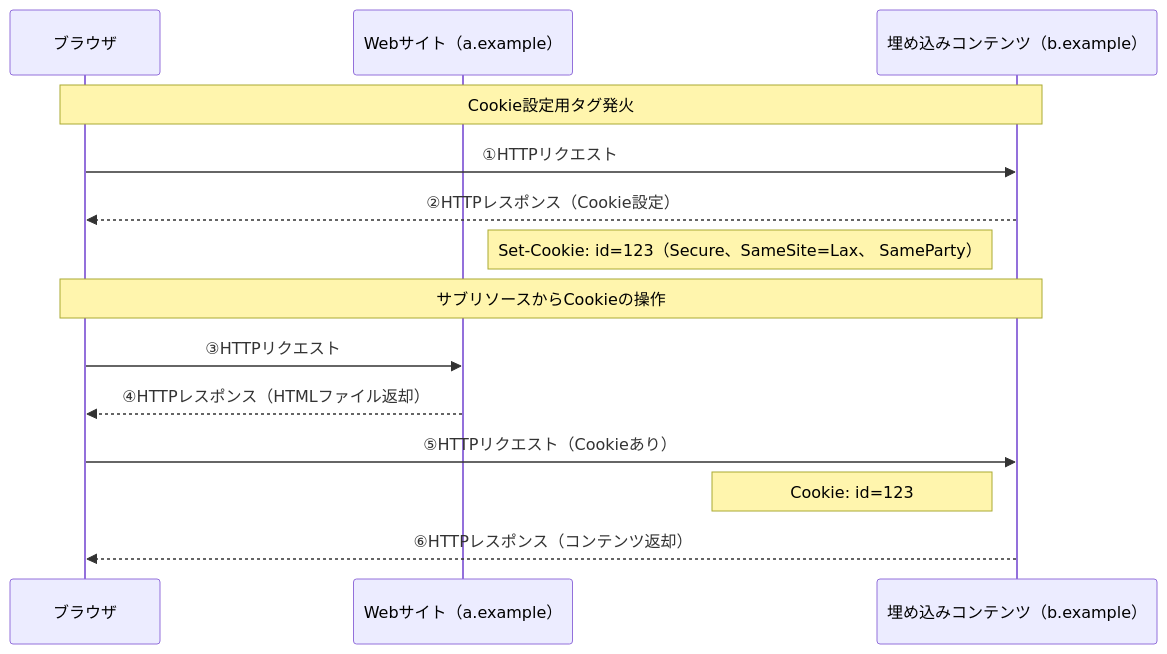
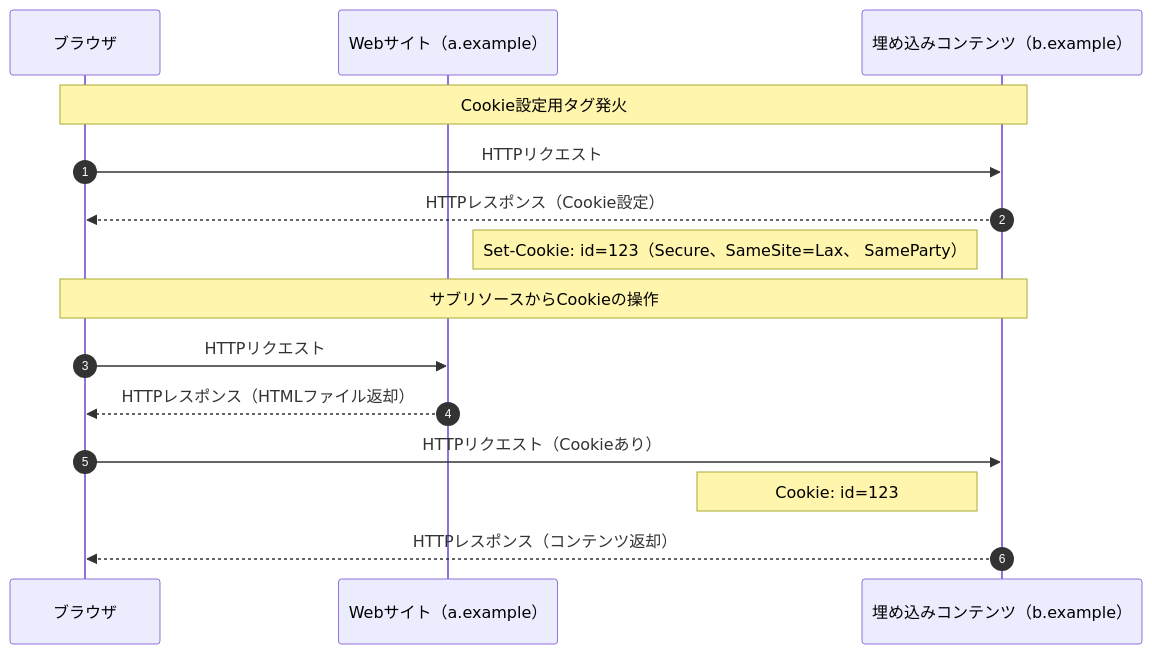
The second of 2 diagrams in first-party-sets/sequence.md (hi-bridge-9/privacy-sandbox), drawn with Mermaid before and after one commit. The commit also changed other lines of this file, not shown here.

Commit message:
style: シーケンス図のテーマを未指定に変更＆リクエストの番号を自動で付与するように

````diff
--- a/first-party-sets/sequence.md
+++ b/first-party-sets/sequence.md
@@ -32,20 +31,20 @@
 ```mermaid
-%%{init:{'theme':'default'}}%%
 sequenceDiagram
+    autonumber
 
     participant A as ブラウザ
     participant B as Webサイト（a.example）
     participant C as 埋め込みコンテンツ（b.example）
 
     Note over A, C: Cookie設定用タグ発火
-    A->>C: ①HTTPリクエスト
-    C-->>A: ②HTTPレスポンス（Cookie設定）
+    A->>C: HTTPリクエスト
+    C-->>A: HTTPレスポンス（Cookie設定）
     Note left of C: Set-Cookie: id=123（Secure、SameSite=Lax、 SameParty）
 
     Note over A, C: サブリソースからCookieの操作
-    A->>B: ③HTTPリクエスト
-    B-->>A: ④HTTPレスポンス（HTMLファイル返却）
-    A->>C: ⑤HTTPリクエスト（Cookieあり）
+    A->>B: HTTPリクエスト
+    B-->>A: HTTPレスポンス（HTMLファイル返却）
+    A->>C: HTTPリクエスト（Cookieあり）
     Note left of C: Cookie: id=123
-    C-->>A: ⑥HTTPレスポンス（コンテンツ返却）
+    C-->>A: HTTPレスポンス（コンテンツ返却）
 ```
````
